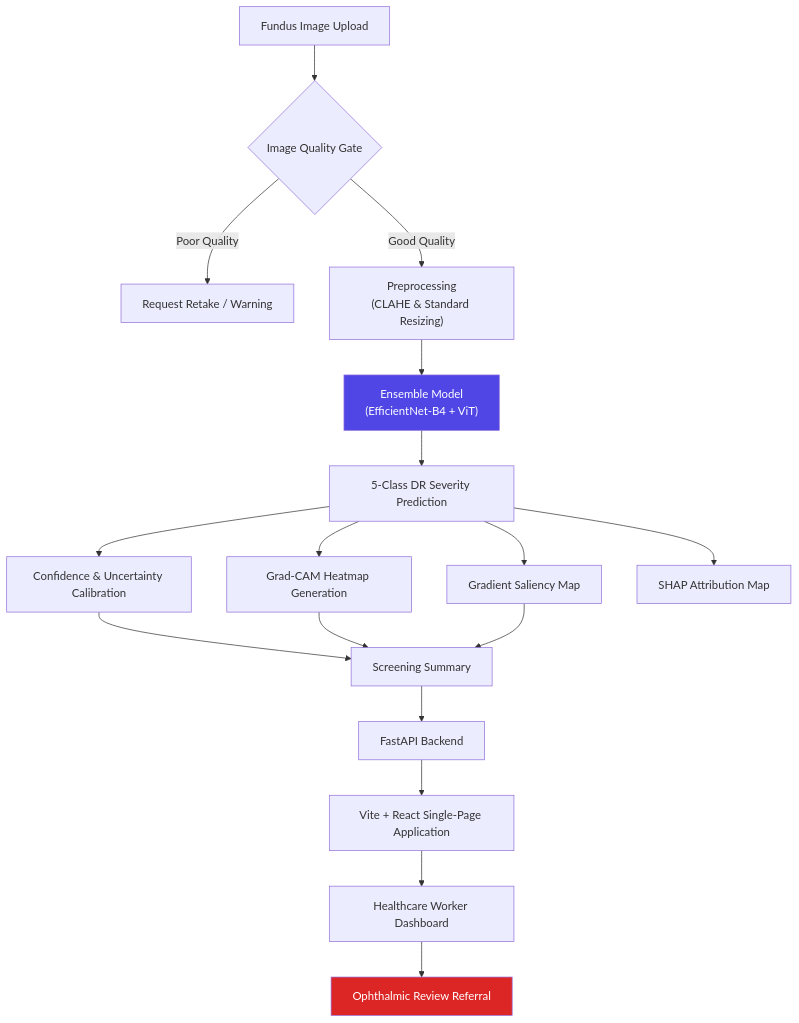
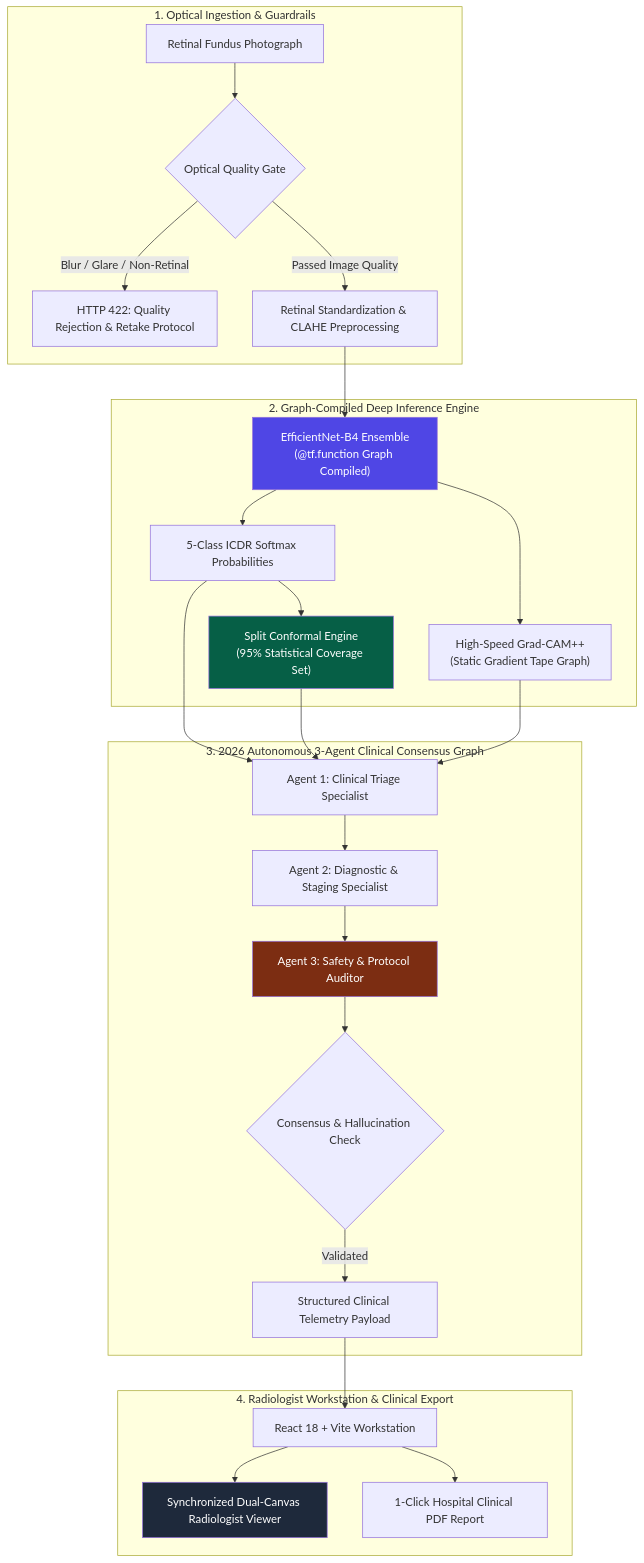
The diagram in README.md (Arjun7039/XAI_for_DIABETIC_RETINOPATHY), drawn with Mermaid before and after one commit. The commit also changed other lines of this file and 9 other files, not shown here.

Commit message:
feat: 2026 agentic clinical triage, conformal prediction, sub-second latency optimization, and radiologist workstation

````diff
--- a/README.md
+++ b/README.md
@@ -65,22 +44,34 @@
 ```mermaid
 flowchart TD
-    A[Fundus Image Upload] --> B{Image Quality Gate}
-    B -->|Poor Quality| C[Request Retake / Warning]
-    B -->|Good Quality| D["Preprocessing<br/>(CLAHE & Standard Resizing)"]
-    D --> E["Ensemble Model<br/>(EfficientNet-B4 + ViT)"]
-    E --> F[5-Class DR Severity Prediction]
-    F --> G[Confidence & Uncertainty Calibration]
-    F --> H[Grad-CAM Heatmap Generation]
-    F --> I[Gradient Saliency Map]
-    F --> J[SHAP Attribution Map]
-    G --> K[Screening Summary]
-    H --> K
-    I --> K
-    K --> L[FastAPI Backend]
-    L --> M[Vite + React Single-Page Application]
-    M --> N[Healthcare Worker Dashboard]
-    N --> O[Ophthalmic Review Referral]
+    subgraph INGESTION["1. Optical Ingestion & Guardrails"]
+        A[Retinal Fundus Photograph] --> B{Optical Quality Gate}
+        B -->|Blur / Glare / Non-Retinal| C[HTTP 422: Quality Rejection & Retake Protocol]
+        B -->|Passed Image Quality| D[Retinal Standardization & CLAHE Preprocessing]
+    end
+
+    subgraph INFERENCE["2. Graph-Compiled Deep Inference Engine"]
+        D --> E["EfficientNet-B4 Ensemble<br/>(@tf.function Graph Compiled)"]
+        E --> F[5-Class ICDR Softmax Probabilities]
+        F --> G["Split Conformal Engine<br/>(95% Statistical Coverage Set)"]
+        E --> H["High-Speed Grad-CAM++<br/>(Static Gradient Tape Graph)"]
+    end
+
+    subgraph AGENTS["3. 2026 Autonomous 3-Agent Clinical Consensus Graph"]
+        F & G & H --> Agent1[Agent 1: Clinical Triage Specialist]
+        Agent1 --> Agent2[Agent 2: Diagnostic & Staging Specialist]
+        Agent2 --> Agent3[Agent 3: Safety & Protocol Auditor]
+        Agent3 --> Consensus{Consensus & Hallucination Check}
+        Consensus -->|Validated| Payload[Structured Clinical Telemetry Payload]
+    end
+
+    subgraph WORKSTATION["4. Radiologist Workstation & Clinical Export"]
+        Payload --> ReactUI[React 18 + Vite Workstation]
+        ReactUI --> DualViewer[Synchronized Dual-Canvas Radiologist Viewer]
+        ReactUI --> PDFExport[1-Click Hospital Clinical PDF Report]
+    end
 
     style E fill:#4F46E5,color:#fff
-    style O fill:#DC2626,color:#fff
+    style G fill:#065F46,color:#fff
+    style Agent3 fill:#7C2D12,color:#fff
+    style DualViewer fill:#1E293B,color:#fff
 ```
````
